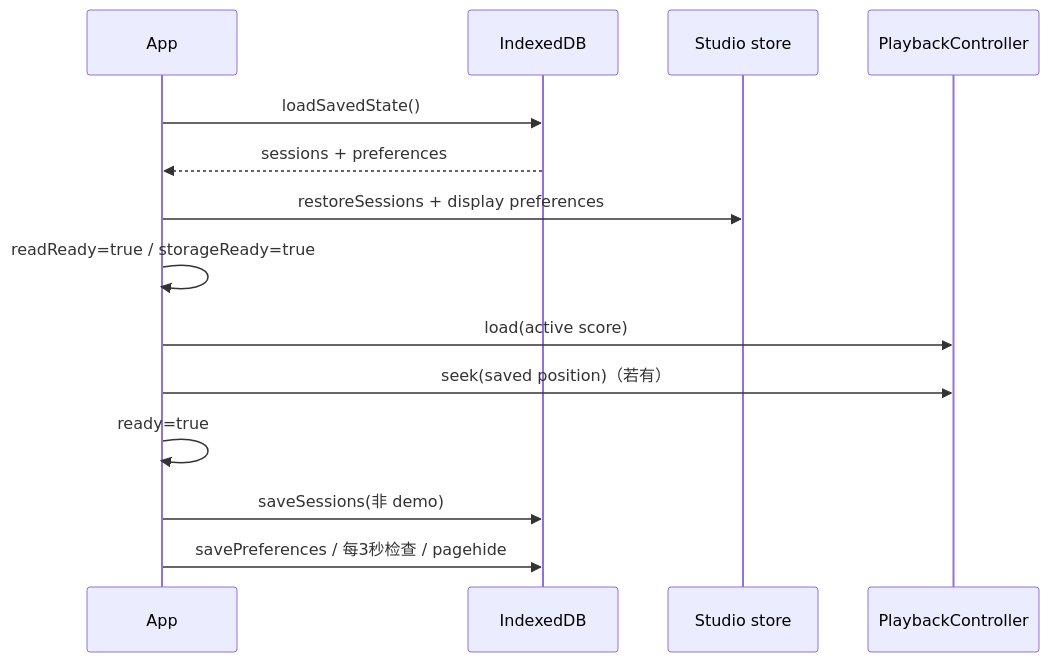
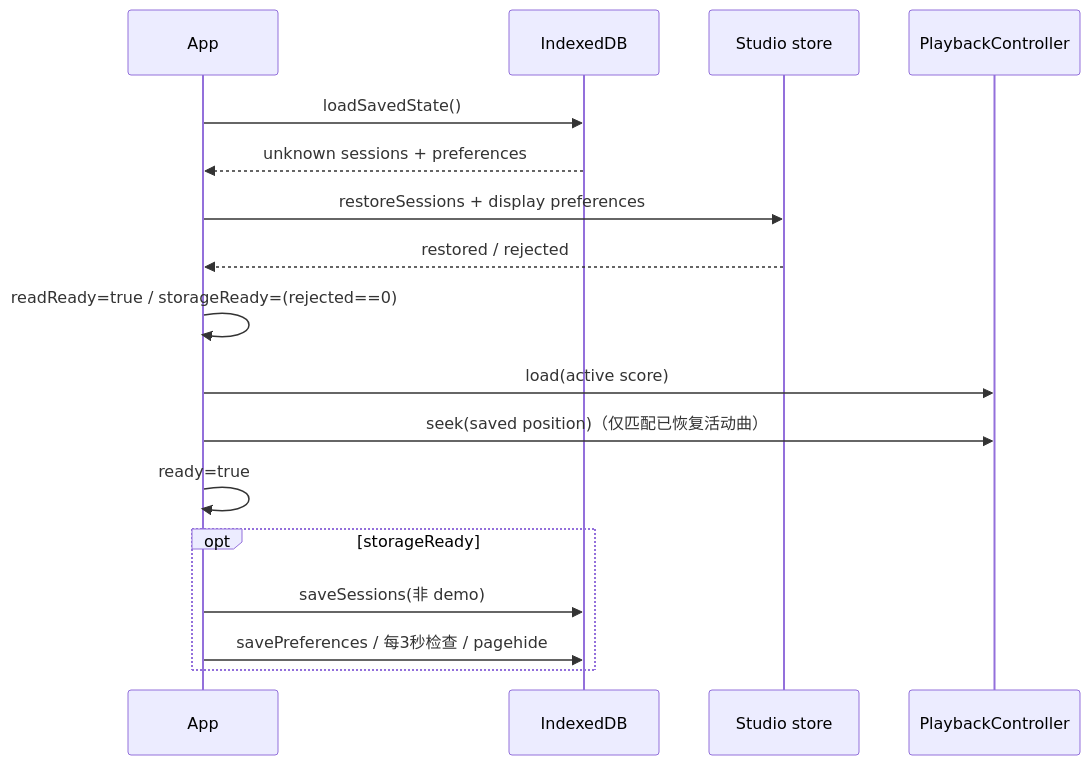
One commit to Ranmor107/harmonic-motion changed the diagram in docs/developer/application-state.md. Above: the diagram before and after it, drawn with Mermaid. The commit also changed other lines of this file and 27 other files, not shown here.

````diff
--- a/docs/developer/application-state.md
+++ b/docs/developer/application-state.md
@@ -32,16 +32,19 @@
 ```mermaid
 sequenceDiagram
   participant App
   participant DB as IndexedDB
   participant Store as Studio store
   participant PC as PlaybackController
   App->>DB: loadSavedState()
-  DB-->>App: sessions + preferences
+  DB-->>App: unknown sessions + preferences
   App->>Store: restoreSessions + display preferences
-  App->>App: readReady=true / storageReady=true
+  Store-->>App: restored / rejected
+  App->>App: readReady=true / storageReady=(rejected==0)
   App->>PC: load(active score)
-  App->>PC: seek(saved position)（若有）
+  App->>PC: seek(saved position)（仅匹配已恢复活动曲）
   App->>App: ready=true
-  App->>DB: saveSessions(非 demo)
-  App->>DB: savePreferences / 每3秒检查 / pagehide
+  opt storageReady
+    App->>DB: saveSessions(非 demo)
+    App->>DB: savePreferences / 每3秒检查 / pagehide
+  end
 ```
````
